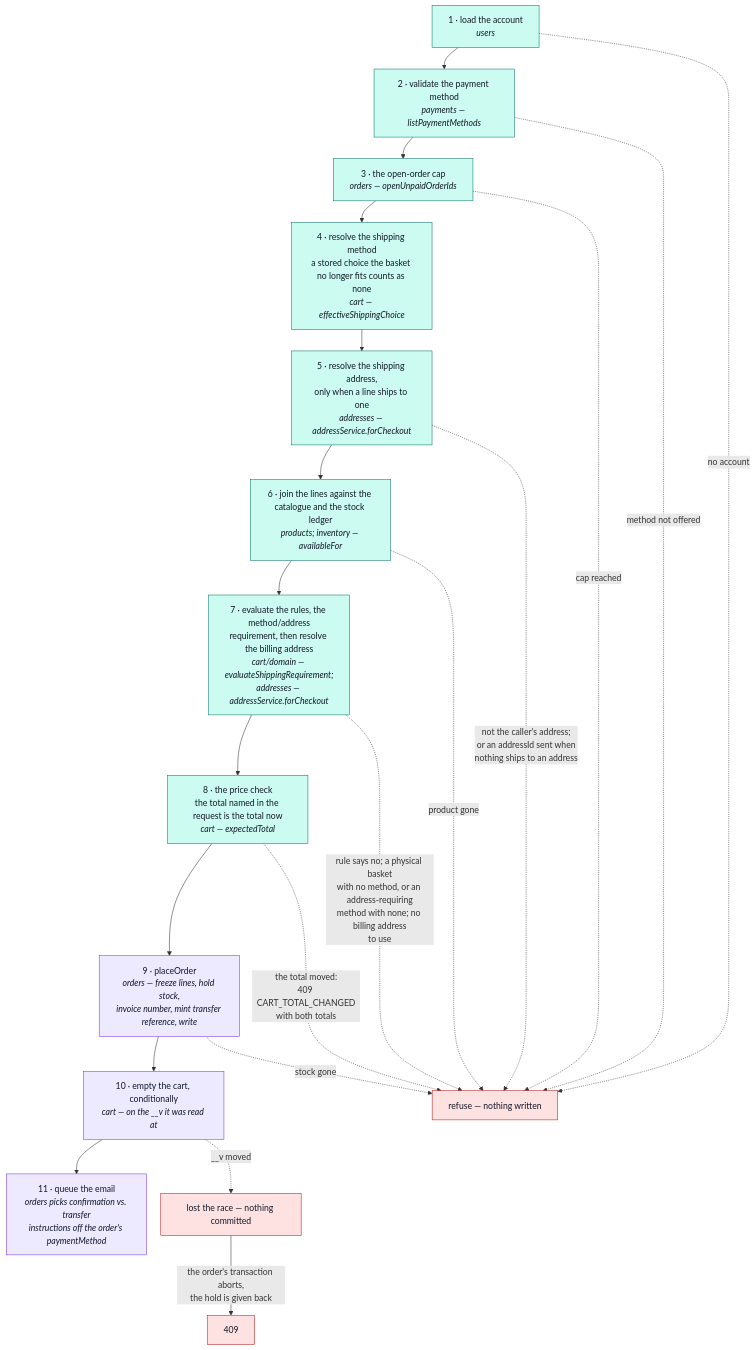
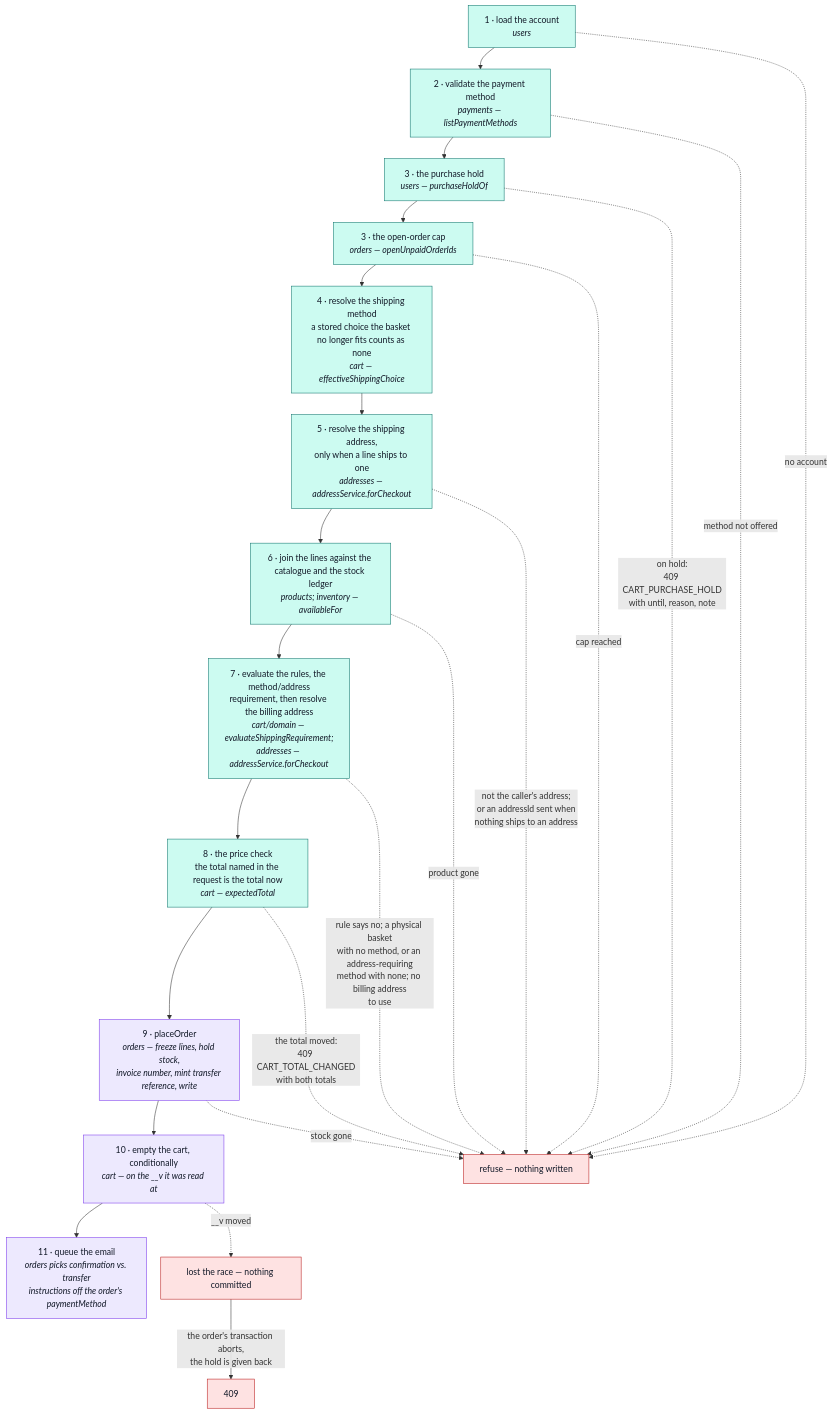
One commit to Guebbit/boilerplate-node-backend changed the diagram in docs/modules/cart-checkout.md. Above: the diagram before and after it, drawn with Mermaid. The commit also changed 50 other files, not shown here.

````diff
--- a/docs/modules/cart-checkout.md
+++ b/docs/modules/cart-checkout.md
@@ -25,35 +25,37 @@
 ```mermaid
 %%{init: {'flowchart': {'nodeSpacing': 26, 'rankSpacing': 40}}}%%
 flowchart TD
     A["1 · load the account<br/><i>users</i>"] --> P["2 · validate the payment method<br/><i>payments — listPaymentMethods</i>"]
-    P --> Q["3 · the open-order cap<br/><i>orders — openUnpaidOrderIds</i>"]
+    P --> K["3 · the purchase hold<br/><i>users — purchaseHoldOf</i>"]
+    K --> Q["3 · the open-order cap<br/><i>orders — openUnpaidOrderIds</i>"]
     Q --> B["4 · resolve the shipping method<br/>a stored choice the basket no longer fits counts as none<br/><i>cart — effectiveShippingChoice</i>"]
     B --> C["5 · resolve the shipping address,<br/>only when a line ships to one<br/><i>addresses — addressService.forCheckout</i>"]
     C --> D["6 · join the lines against the catalogue and the stock ledger<br/><i>products; inventory — availableFor</i>"]
     D --> E["7 · evaluate the rules, the method/address<br/>requirement, then resolve the billing address<br/><i>cart/domain — evaluateShippingRequirement;<br/>addresses — addressService.forCheckout</i>"]
     E --> T["8 · the price check<br/>the total named in the request is the total now<br/><i>cart — expectedTotal</i>"]
     T --> F["9 · placeOrder<br/><i>orders — freeze lines, hold stock,<br/>invoice number, mint transfer reference, write</i>"]
     F --> H["10 · empty the cart, conditionally<br/><i>cart — on the __v it was read at</i>"]
     H --> I["11 · queue the email<br/><i>orders picks confirmation vs. transfer<br/>instructions off the order's paymentMethod</i>"]
 
     R["refuse — nothing written"]
     A -.->|"no account"| R
     P -.->|"method not offered"| R
+    K -.->|"on hold:<br/>409 CART_PURCHASE_HOLD<br/>with until, reason, note"| R
     Q -.->|"cap reached"| R
         C -.->|"not the caller's address;<br/>or an addressId sent when<br/>nothing ships to an address"| R
     D -.->|"product gone"| R
     E -.->|"rule says no; a physical basket<br/>with no method, or an address-requiring<br/>method with none; no billing address<br/>to use"| R
     T -.->|"the total moved:<br/>409 CART_TOTAL_CHANGED<br/>with both totals"| R
     F -.->|"stock gone"| R
 
     L["lost the race — nothing committed"]
     H -.->|"__v moved"| L
     L -->|"the order's transaction aborts,<br/>the hold is given back"| M["409"]
 
     classDef read fill:#ccfbf1,stroke:#0f766e,color:#111827;
     classDef write fill:#ede9fe,stroke:#7c3aed,color:#111827;
     classDef bad fill:#fee2e2,stroke:#b91c1c,color:#111827;
-    class A,P,Q,B,C,D,E,T read;
+    class A,P,K,Q,B,C,D,E,T read;
     class F,H,I write;
     class R,L,M bad;
 ```
````
